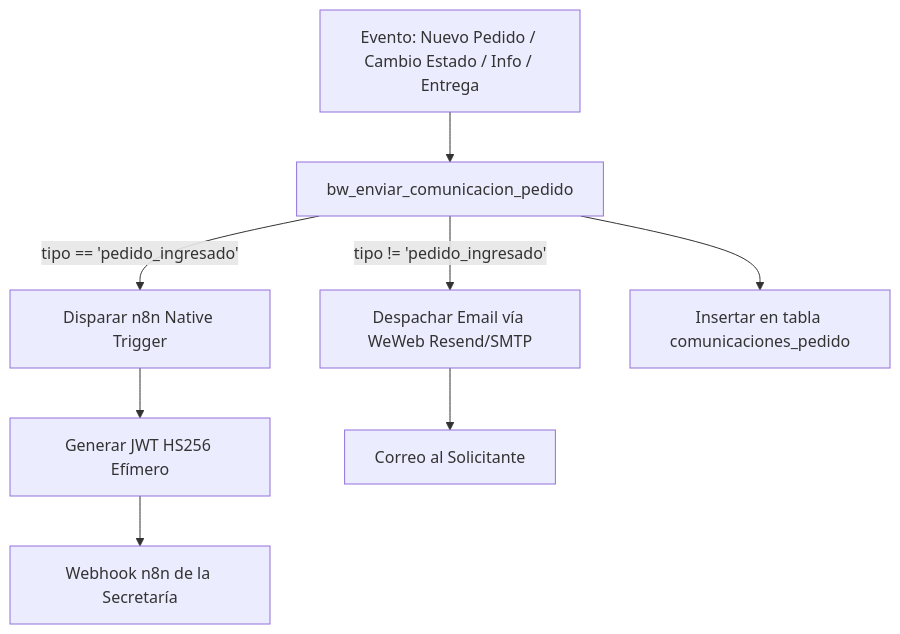
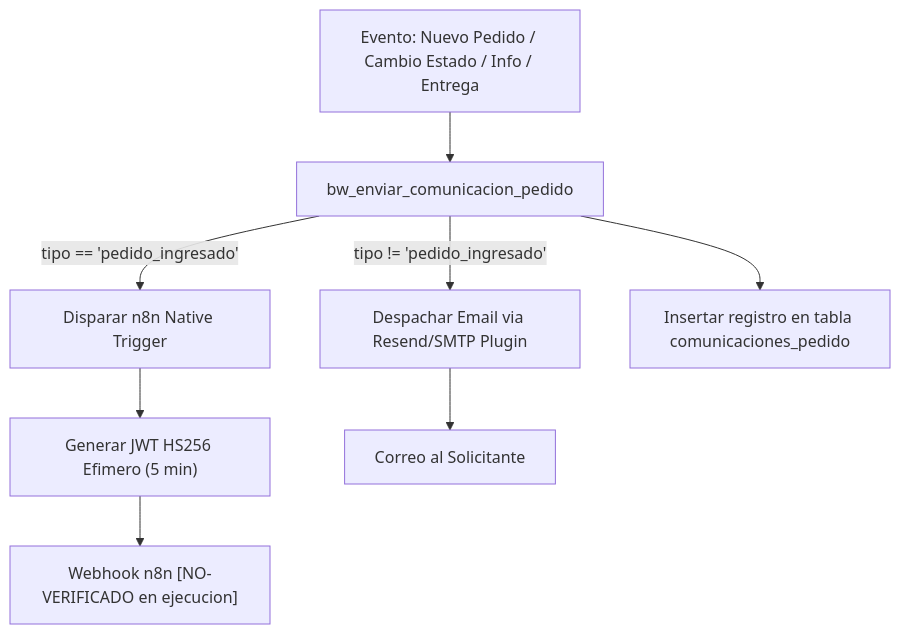
The diagram in docs/current-state/12_N8N_COMUNICACIONES.md (saldiviapablo/formulariopedidos), drawn with Mermaid before and after one commit. The commit also changed other lines of this file and 18 other files, not shown here.

````diff
--- a/docs/current-state/12_N8N_COMUNICACIONES.md
+++ b/docs/current-state/12_N8N_COMUNICACIONES.md
@@ -13,13 +13,13 @@
 ```mermaid
 graph TD
-    Trigger[Evento: Nuevo Pedido / Cambio Estado / Info / Entrega] --> Hub[bw_enviar_comunicacion_pedido]
+    Trigger["Evento: Nuevo Pedido / Cambio Estado / Info / Entrega"] --> Hub["bw_enviar_comunicacion_pedido"]
     
-    Hub -->|tipo == 'pedido_ingresado'| N8N[Disparar n8n Native Trigger]
-    N8N --> JWT[Generar JWT HS256 Efímero]
-    JWT --> Hook[Webhook n8n de la Secretaría]
+    Hub -->|tipo == 'pedido_ingresado'| N8N["Disparar n8n Native Trigger"]
+    N8N --> JWT["Generar JWT HS256 Efimero (5 min)"]
+    JWT --> Hook["Webhook n8n [NO-VERIFICADO en ejecucion]"]
     
-    Hub -->|tipo != 'pedido_ingresado'| Resend[Despachar Email vía WeWeb Resend/SMTP]
-    Resend --> Solicitante[Correo al Solicitante]
+    Hub -->|tipo != 'pedido_ingresado'| Resend["Despachar Email via Resend/SMTP Plugin"]
+    Resend --> Solicitante["Correo al Solicitante"]
     
-    Hub --> Log[Insertar en tabla comunicaciones_pedido]
+    Hub --> Log["Insertar registro en tabla comunicaciones_pedido"]
 ```
````
